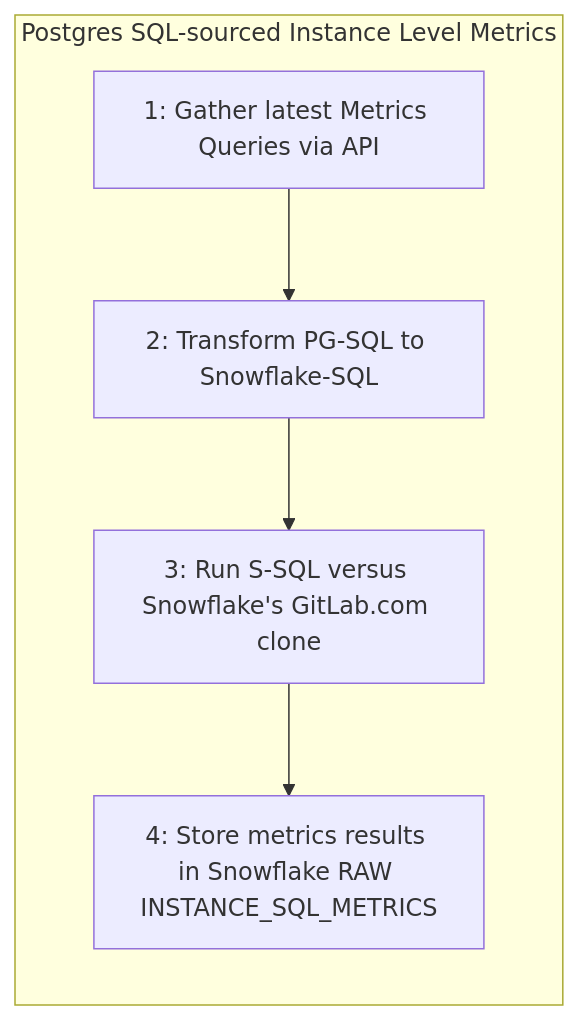
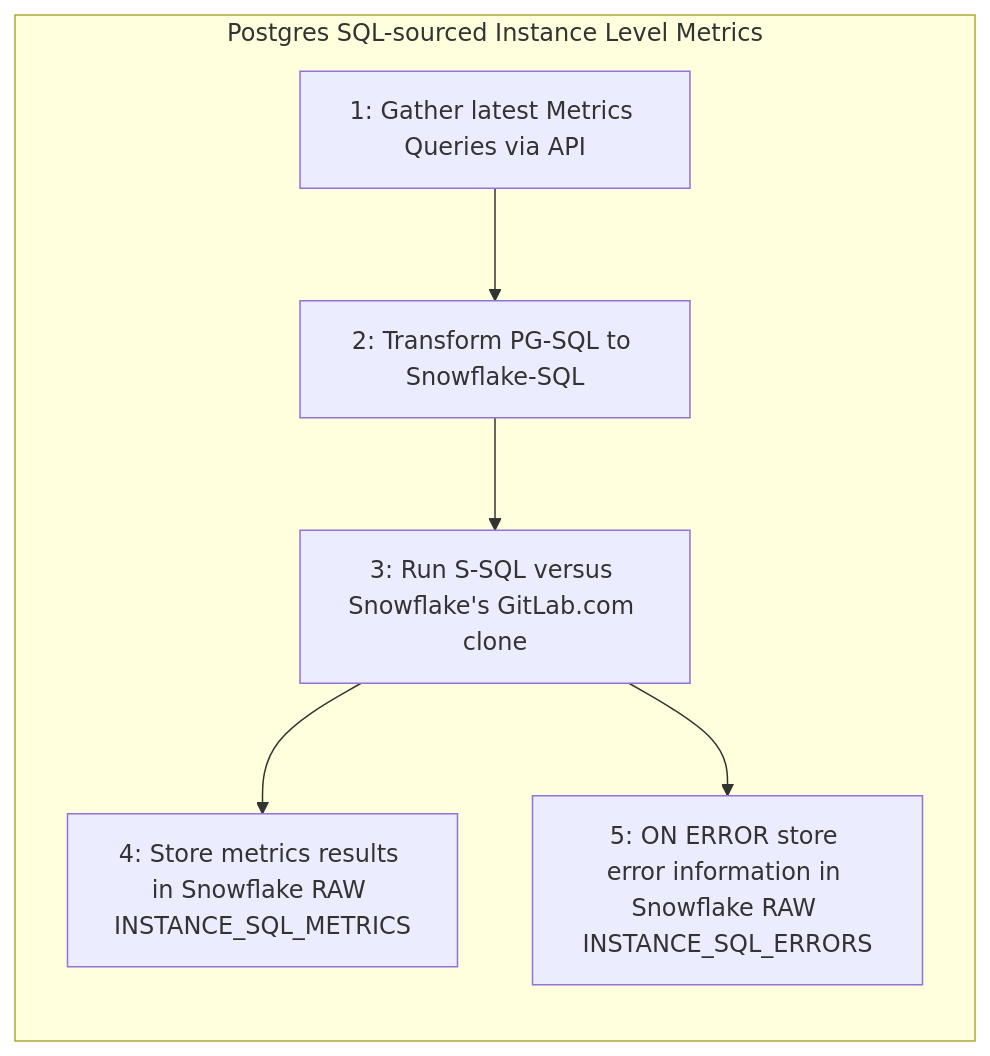
One commit to secretstartups/handbook changed the first of 3 diagrams in business-technology/data-team/data-catalog/saas-service-ping-automation/index.html.md. Above: the diagram before and after it, drawn with Mermaid.

````diff
--- a/business-technology/data-team/data-catalog/saas-service-ping-automation/index.html.md
+++ b/business-technology/data-team/data-catalog/saas-service-ping-automation/index.html.md
@@ -85,8 +85,9 @@
 ```mermaid
 graph LR
 subgraph Postgres SQL-sourced Instance Level Metrics
 B[1: Gather latest Metrics Queries via API] --> C[2: Transform PG-SQL to Snowflake-SQL]
 C --> D[3: Run S-SQL versus Snowflake's GitLab.com clone]
 D --> E[4: Store metrics results in Snowflake RAW INSTANCE_SQL_METRICS]
+D --> F[5: ON ERROR store error information in Snowflake RAW INSTANCE_SQL_ERRORS]
 end
 ```
````
